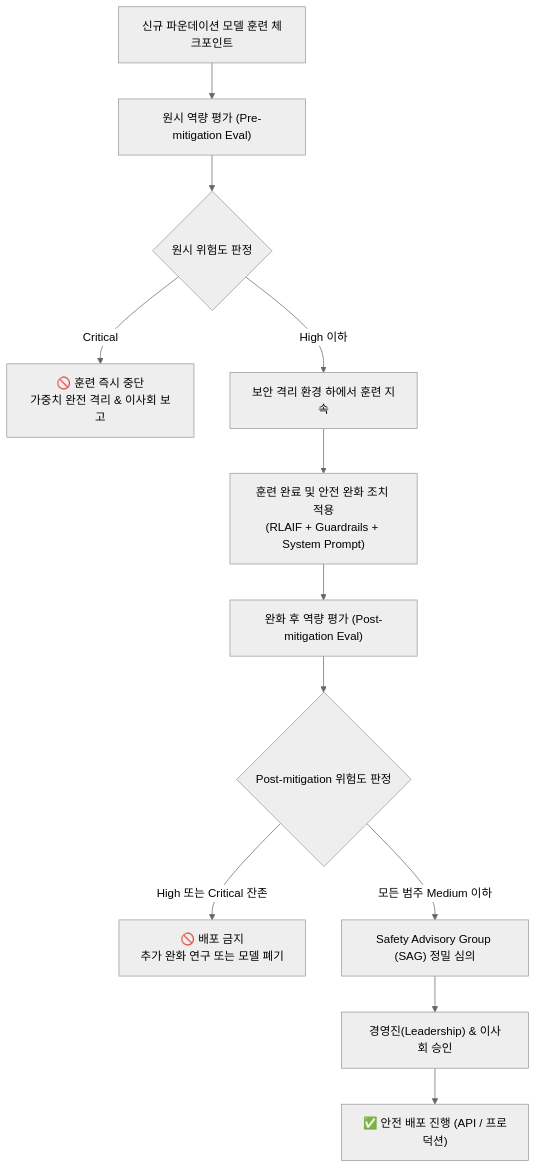
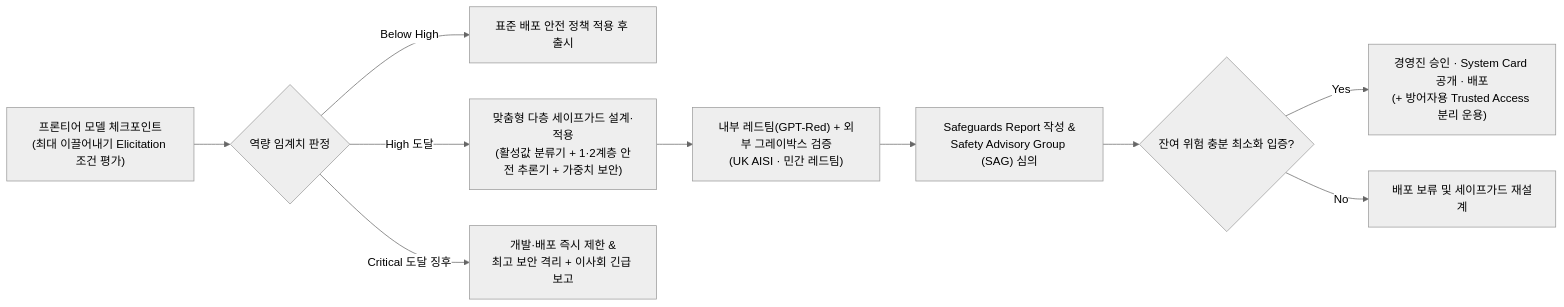
Before and after one commit to likerberi/corpuse: the second of 2 diagrams in reviews/week-03/review_week03.md, drawn with Mermaid (neutral theme). The commit also changed other lines of this file and 11 other files, not shown here.

````diff
--- a/reviews/week-03/review_week03.md
+++ b/reviews/week-03/review_week03.md
@@ -85,15 +73,12 @@
 ```mermaid
-flowchart TD
-    A["신규 파운데이션 모델 훈련 체크포인트"] --> B["원시 역량 평가 (Pre-mitigation Eval)"]
-    B --> C{"원시 위험도 판정"}
-    C -- "Critical" --> D["🚫 훈련 즉시 중단<br/>가중치 완전 격리 & 이사회 보고"]
-    C -- "High 이하" --> E["보안 격리 환경 하에서 훈련 지속"]
-    
-    E --> F["훈련 완료 및 안전 완화 조치 적용<br/>(RLAIF + Guardrails + System Prompt)"]
-    F --> G["완화 후 역량 평가 (Post-mitigation Eval)"]
-    G --> H{"Post-mitigation 위험도 판정"}
-    H -- "High 또는 Critical 잔존" --> I["🚫 배포 금지<br/>추가 완화 연구 또는 모델 폐기"]
-    H -- "모든 범주 Medium 이하" --> J["Safety Advisory Group (SAG) 정밀 심의"]
-    J --> K["경영진(Leadership) & 이사회 승인"]
-    K --> L["✅ 안전 배포 진행 (API / 프로덕션)"]
+flowchart LR
+    A["프론티어 모델 체크포인트<br/>(최대 이끌어내기 Elicitation 조건 평가)"] --> B{"역량 임계치 판정"}
+    B -- "Below High" --> C["표준 배포 안전 정책 적용 후 출시"]
+    B -- "High 도달" --> D["맞춤형 다층 세이프가드 설계·적용<br/>(활성값 분류기 + 1·2계층 안전 추론기 + 가중치 보안)"]
+    B -- "Critical 도달 징후" --> E["개발·배포 즉시 제한 &<br/>최고 보안 격리 + 이사회 긴급 보고"]
+    D --> F["내부 레드팀(GPT-Red) + 외부 그레이박스 검증<br/>(UK AISI · 민간 레드팀)"]
+    F --> G["Safeguards Report 작성 &<br/>Safety Advisory Group (SAG) 심의"]
+    G --> H{"잔여 위험 충분 최소화 입증?"}
+    H -- "Yes" --> I["경영진 승인 · System Card 공개 · 배포<br/>(+ 방어자용 Trusted Access 분리 운용)"]
+    H -- "No" --> J["배포 보류 및 세이프가드 재설계"]
 ```
````
